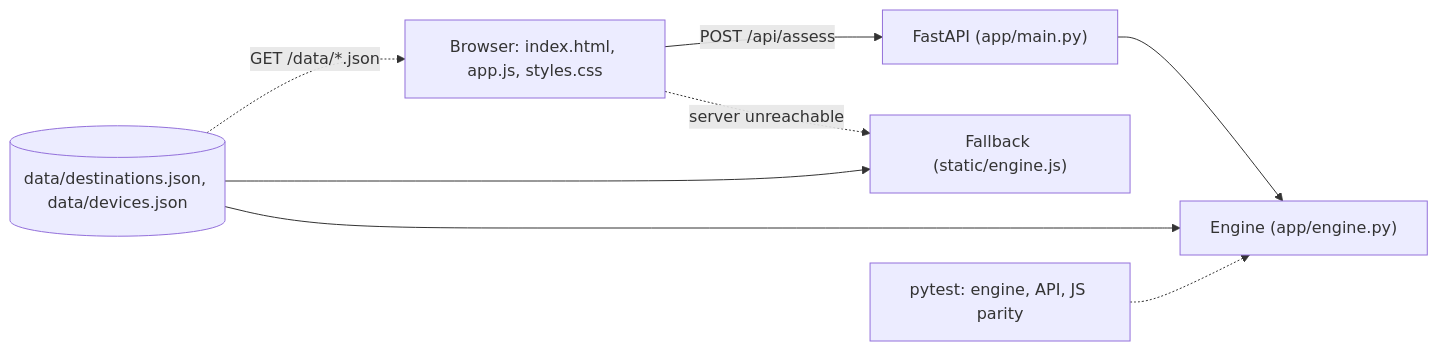
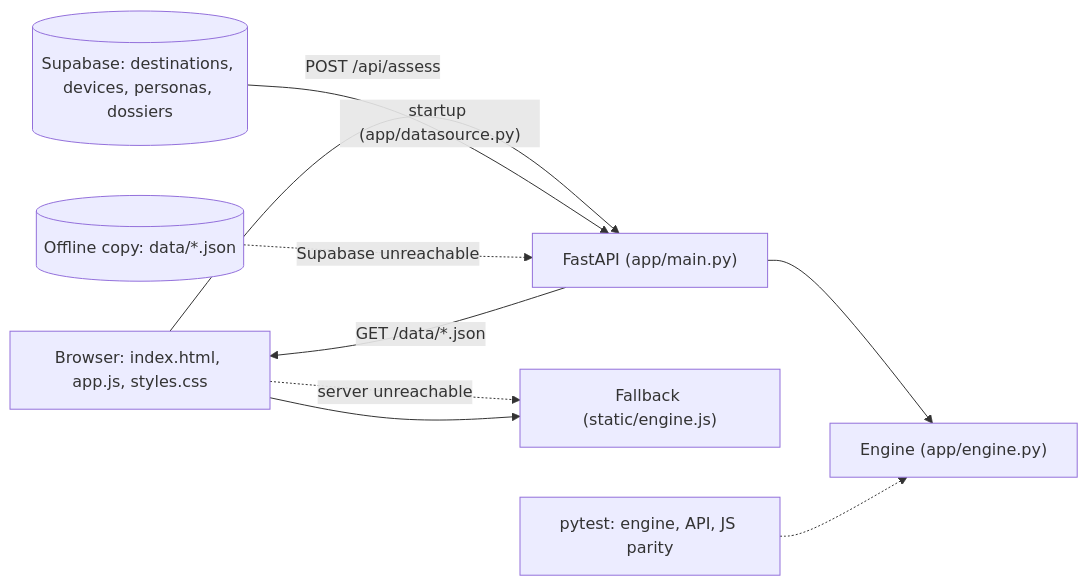
One commit to Dhaker-Chamam/HACKATHON-SESAME changed the diagram in README.md. Above: the diagram before and after it, drawn with Mermaid. The commit also changed other lines of this file and 13 other files, not shown here.

First line of the commit message:
Serve the catalog from Supabase with an offline fallback

````diff
--- a/README.md
+++ b/README.md
@@ -121,10 +128,11 @@
 ```mermaid
 flowchart LR
     UI["Browser: index.html, app.js, styles.css"] -- "POST /api/assess" --> API["FastAPI (app/main.py)"]
     API --> ENG["Engine (app/engine.py)"]
-    DATA[("data/destinations.json, data/devices.json")] --> ENG
+    SB[("Supabase: destinations, devices, personas, dossiers")] -- "startup (app/datasource.py)" --> API
+    COPY[("Offline copy: data/*.json")] -. "Supabase unreachable" .-> API
     UI -. "server unreachable" .-> FB["Fallback (static/engine.js)"]
-    DATA -. "GET /data/*.json" .-> UI
-    DATA --> FB
+    API -- "GET /data/*.json" --> UI
+    UI --> FB
     TESTS["pytest: engine, API, JS parity"] -.-> ENG
 ```
````
